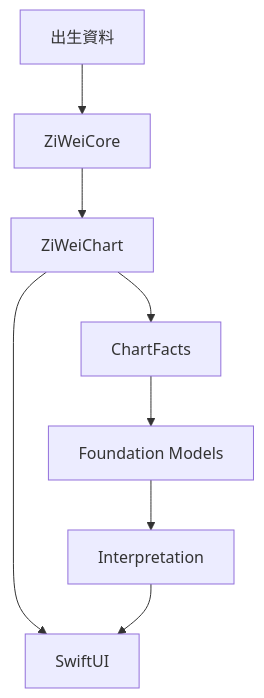
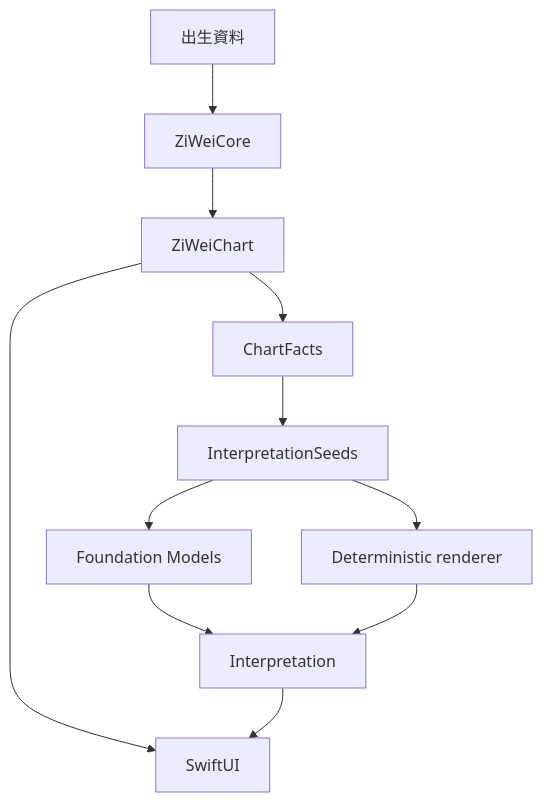
The first of 5 diagrams in PRODUCT.md (narumiruna/mighty-zi-wei), drawn with Mermaid before and after one commit. The commit also changed other lines of this file, not shown here.

````diff
--- a/PRODUCT.md
+++ b/PRODUCT.md
@@ -53,19 +54,24 @@
 ```mermaid
 flowchart TD
     Input["出生資料"]
     Core["ZiWeiCore"]
     Chart["ZiWeiChart"]
     Facts["ChartFacts"]
+    Seeds["InterpretationSeeds"]
     AI["Foundation Models"]
+    Fallback["Deterministic renderer"]
     Result["Interpretation"]
     UI["SwiftUI"]
 
     Input --> Core
     Core --> Chart
     Chart --> Facts
+    Facts --> Seeds
 
     Chart --> UI
-    Facts --> AI
+    Seeds --> AI
+    Seeds --> Fallback
     AI --> Result
+    Fallback --> Result
     Result --> UI
 ```
````
